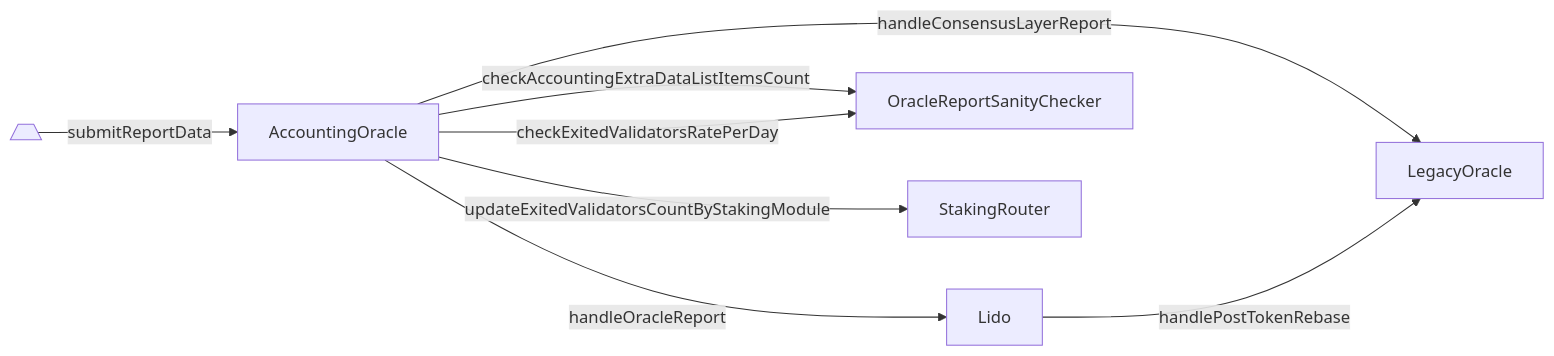
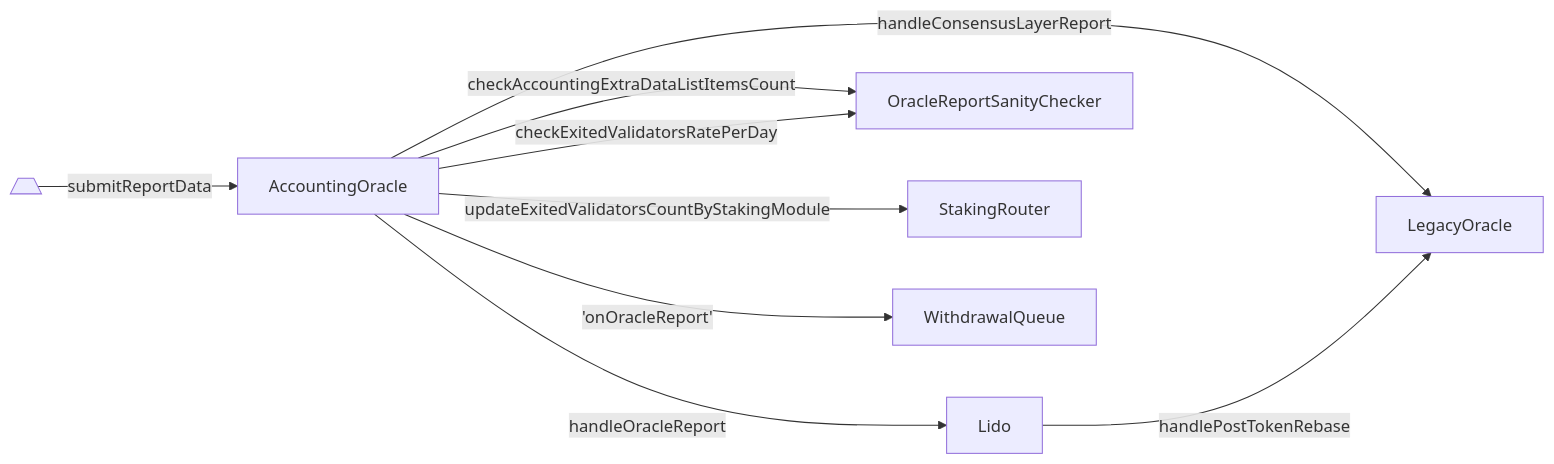
The diagram in docs/contracts/accounting-oracle.md (lidofinance/docs), drawn with Mermaid before and after one commit. The commit also changed other lines of this file and 7 other files, not shown here.

````diff
--- a/docs/contracts/accounting-oracle.md
+++ b/docs/contracts/accounting-oracle.md
@@ -501,8 +51,9 @@
 ```mermaid
 graph LR;
   A[/  \]--submitReportData-->AccountingOracle--handleConsensusLayerReport--->LegacyOracle;
   AccountingOracle--handleOracleReport-->Lido--handlePostTokenRebase-->LegacyOracle
   AccountingOracle--checkAccountingExtraDataListItemsCount-->OracleReportSanityChecker;
   AccountingOracle--updateExitedValidatorsCountByStakingModule-->StakingRouter;
   AccountingOracle--checkExitedValidatorsRatePerDay-->OracleReportSanityChecker;
+  AccountingOracle--'onOracleReport'-->WithdrawalQueue;
 ```
````
